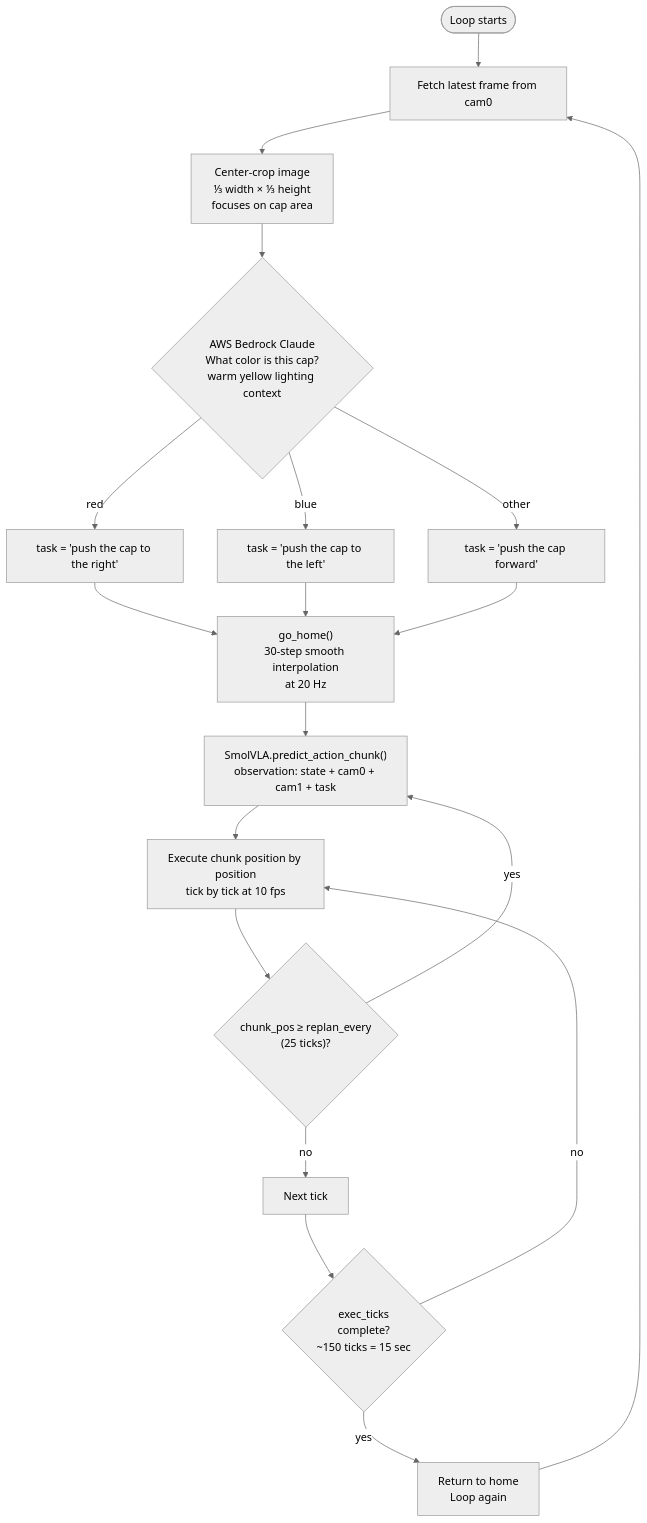
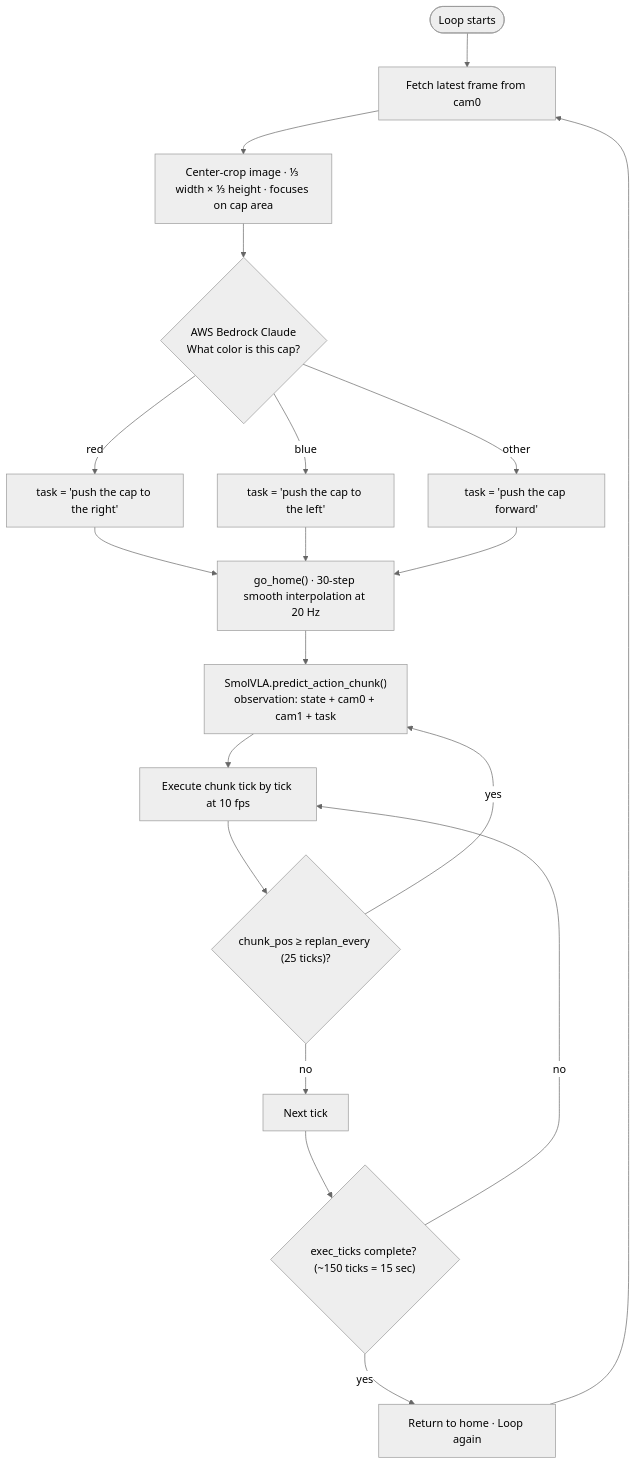
One commit to tejavadlamudi03/norma-robot changed the second of 3 diagrams in README.md. Above: the diagram before and after it, drawn with Mermaid (neutral theme). The commit also changed other lines of this file, not shown here.

````diff
--- a/README.md
+++ b/README.md
@@ -331,19 +327,19 @@
 ```mermaid
 flowchart TD
     START([Loop starts]) --> GRAB[Fetch latest frame from cam0]
-    GRAB --> CROP["Center-crop image\n⅓ width × ⅓ height\nfocuses on cap area"]
-    CROP --> CLAUDE{"AWS Bedrock Claude\nWhat color is this cap?\nwarm yellow lighting context"}
+    GRAB --> CROP["Center-crop image · ⅓ width × ⅓ height · focuses on cap area"]
+    CROP --> CLAUDE{"AWS Bedrock Claude\nWhat color is this cap?"}
     CLAUDE -->|red| TR["task = 'push the cap to the right'"]
     CLAUDE -->|blue| TB["task = 'push the cap to the left'"]
     CLAUDE -->|other| TO["task = 'push the cap forward'"]
-    TR & TB & TO --> HOME["go_home()\n30-step smooth interpolation\nat 20 Hz"]
+    TR & TB & TO --> HOME["go_home() · 30-step smooth interpolation at 20 Hz"]
     HOME --> PREDICT["SmolVLA.predict_action_chunk()\nobservation: state + cam0 + cam1 + task"]
-    PREDICT --> EXEC["Execute chunk position by position\ntick by tick at 10 fps"]
-    EXEC --> REPLAN{"chunk_pos ≥ replan_every\n(25 ticks)?"}
+    PREDICT --> EXEC["Execute chunk tick by tick at 10 fps"]
+    EXEC --> REPLAN{"chunk_pos ≥ replan_every (25 ticks)?"}
     REPLAN -->|yes| PREDICT
     REPLAN -->|no| NEXTTICK[Next tick]
-    NEXTTICK --> DONE{"exec_ticks\ncomplete?\n~150 ticks = 15 sec"}
+    NEXTTICK --> DONE{"exec_ticks complete? (~150 ticks = 15 sec)"}
     DONE -->|no| EXEC
-    DONE -->|yes| HOME2["Return to home\nLoop again"]
+    DONE -->|yes| HOME2["Return to home · Loop again"]
     HOME2 --> GRAB
 ```
````
